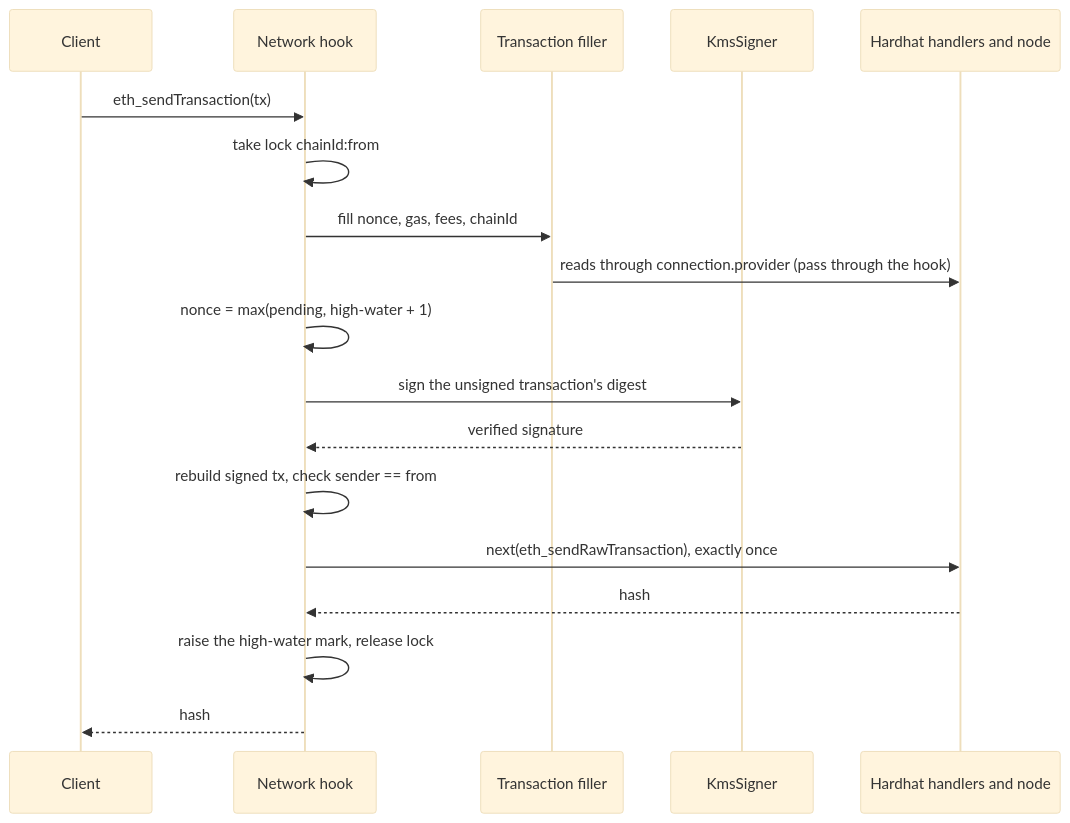
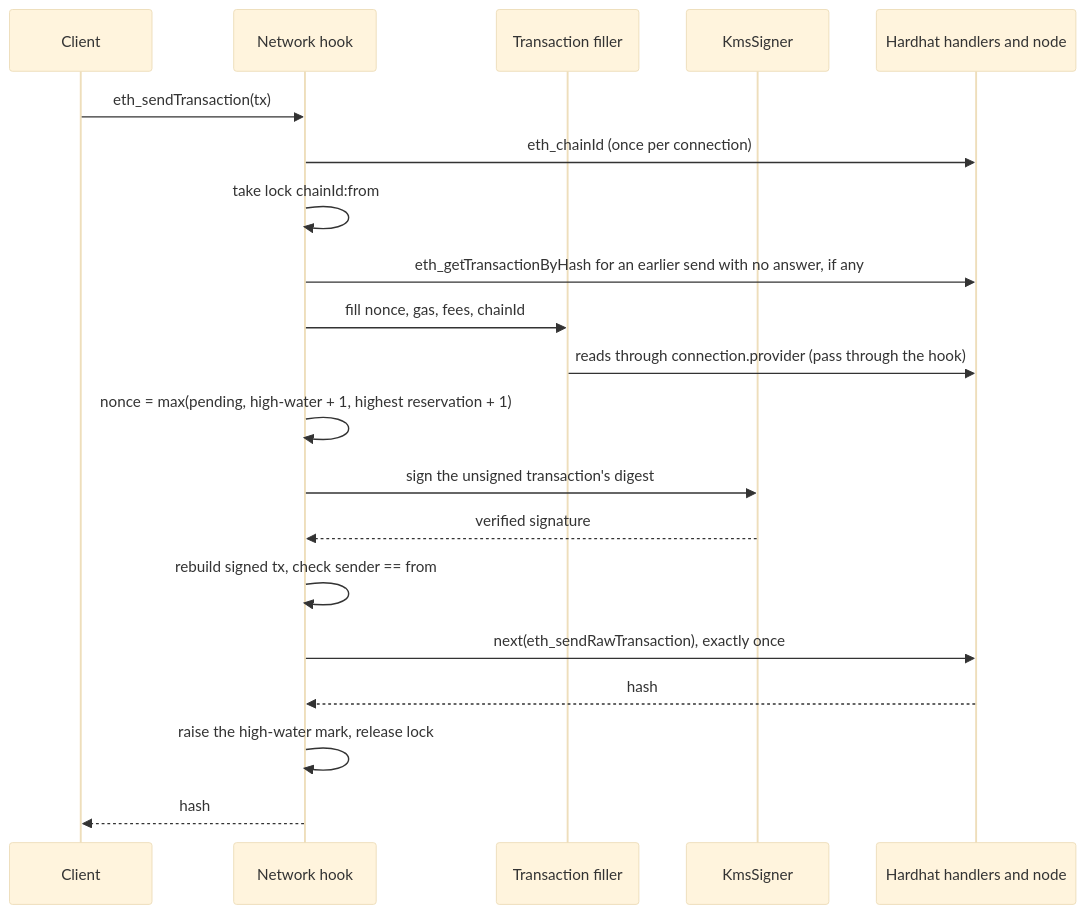
The third of 7 diagrams in docs/contributor/architecture.md (aelmanaa/hardhat-kms), drawn with Mermaid (base theme) before and after one commit. The commit also changed other lines of this file and 19 other files, not shown here.

First line of the commit message:
docs: diagram how the plugin reaches each cloud; parse Mermaid blocks (#269)

````diff
--- a/docs/contributor/architecture.md
+++ b/docs/contributor/architecture.md
@@ -124,20 +127,22 @@
 ```mermaid
 sequenceDiagram
   participant C as Client
   participant H as Network hook
   participant F as Transaction filler
   participant S as KmsSigner
   participant N as Hardhat handlers and node
   C->>H: eth_sendTransaction(tx)
+  H->>N: eth_chainId (once per connection)
   H->>H: take lock chainId:from
+  H->>N: eth_getTransactionByHash for an earlier send with no answer, if any
   H->>F: fill nonce, gas, fees, chainId
   F->>N: reads through connection.provider (pass through the hook)
-  H->>H: nonce = max(pending, high-water + 1)
+  H->>H: nonce = max(pending, high-water + 1, highest reservation + 1)
   H->>S: sign the unsigned transaction's digest
   S-->>H: verified signature
   H->>H: rebuild signed tx, check sender == from
   H->>N: next(eth_sendRawTransaction), exactly once
   N-->>H: hash
   H->>H: raise the high-water mark, release lock
   H-->>C: hash
 ```
````
